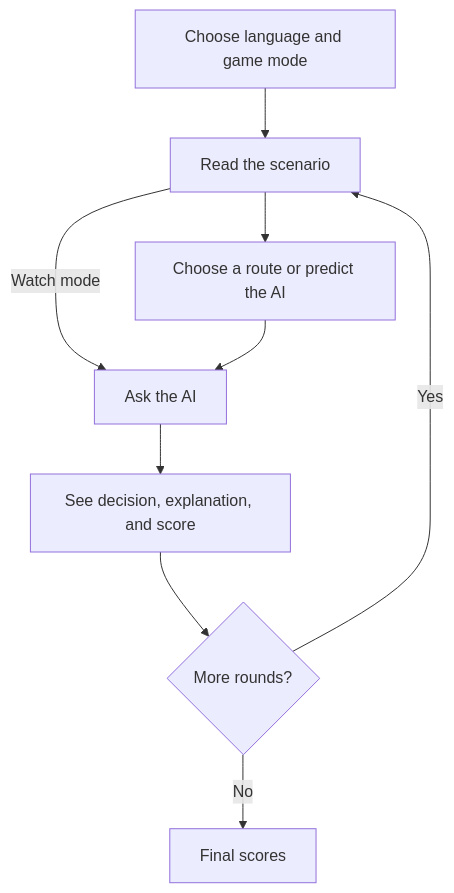
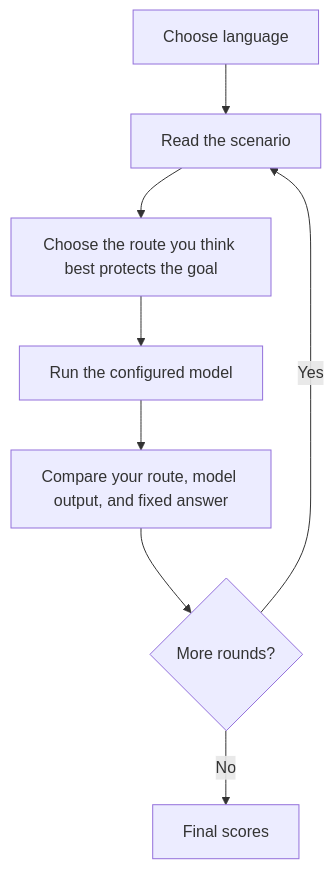
Before and after one commit to emsameen/jev-decision-quest: the second of 3 diagrams in README.md, drawn with Mermaid. The commit also changed other lines of this file and 7 other files, not shown here.

````diff
--- a/README.md
+++ b/README.md
@@ -125,11 +129,10 @@
 ```mermaid
 flowchart TD
-    Start["Choose language and game mode"] --> Scene["Read the scenario"]
-    Scene --> Choice["Choose a route or predict the AI"]
-    Scene -->|"Watch mode"| Ask["Ask the AI"]
-    Choice --> Ask
-    Ask --> Result["See decision, explanation, and score"]
+   Start["Choose language"] --> Scene["Read the scenario"]
+   Scene --> Choice["Choose the route you think best protects the goal"]
+   Choice --> Ask["Run the configured model"]
+   Ask --> Result["Compare your route, model output, and fixed answer"]
     Result --> Next{"More rounds?"}
     Next -->|"Yes"| Scene
     Next -->|"No"| Finish["Final scores"]
 ```
````
